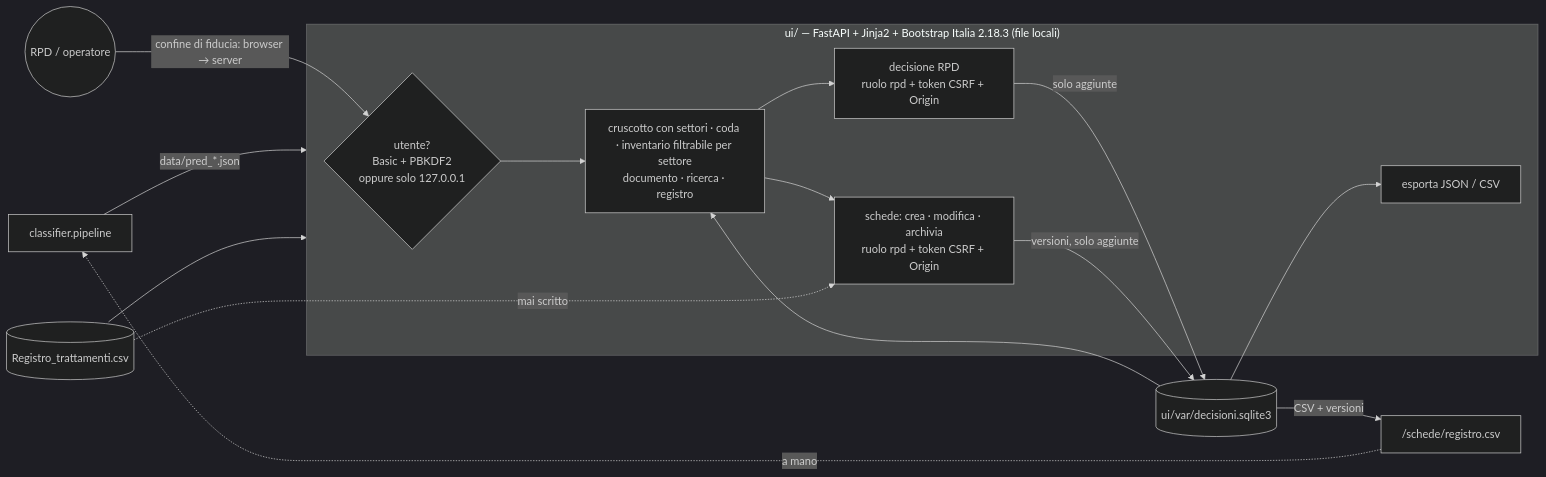
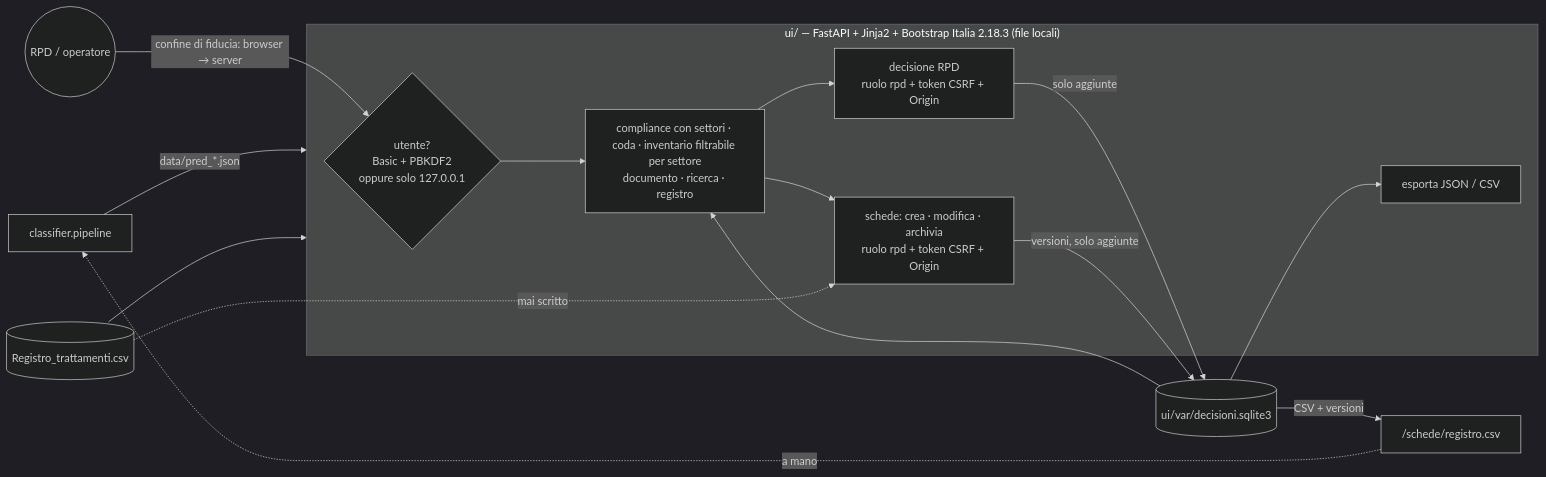
Before and after one commit to sergiovzambelli/dago-data-governance: the third of 7 diagrams in docs/flussi.md, drawn with Mermaid (dark theme). The commit also changed other lines of this file and 25 other files, not shown here.

````diff
--- a/docs/flussi.md
+++ b/docs/flussi.md
@@ -101,19 +101,19 @@
 ```mermaid
 flowchart LR
     PIPE[classifier.pipeline] -->|data/pred_*.json| UI
     REG[(Registro_trattamenti.csv)] --> UI
     subgraph UI["ui/ — FastAPI + Jinja2 + Bootstrap Italia 2.18.3 (file locali)"]
         AUTH{utente?<br/>Basic + PBKDF2<br/>oppure solo 127.0.0.1}
-        PAG[cruscotto con settori · coda · inventario filtrabile per settore<br/>documento · ricerca · registro]
+        PAG[compliance con settori · coda · inventario filtrabile per settore<br/>documento · ricerca · registro]
         DEC[decisione RPD<br/>ruolo rpd + token CSRF + Origin]
         SCH[schede: crea · modifica · archivia<br/>ruolo rpd + token CSRF + Origin]
         EXP[esporta JSON / CSV]
     end
     U((RPD / operatore)) -->|confine di fiducia: browser → server| AUTH --> PAG
     PAG --> DEC -->|solo aggiunte| DB[(ui/var/decisioni.sqlite3)]
     DB --> PAG
     DB --> EXP
     PAG --> SCH -->|versioni, solo aggiunte| DB
     REG -.->|mai scritto| SCH
     DB -->|CSV + versioni| REGOUT["/schede/registro.csv"] -.->|a mano| PIPE
 ```
````
